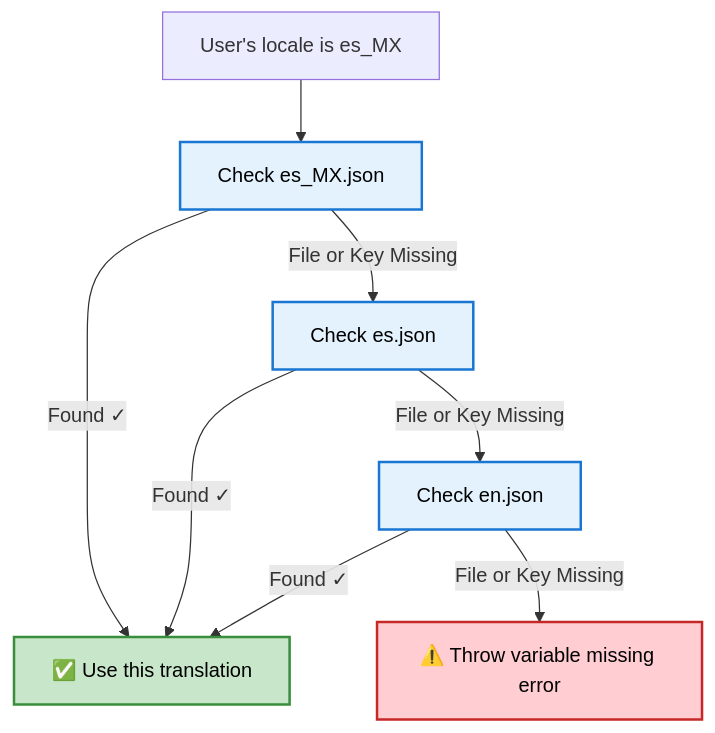
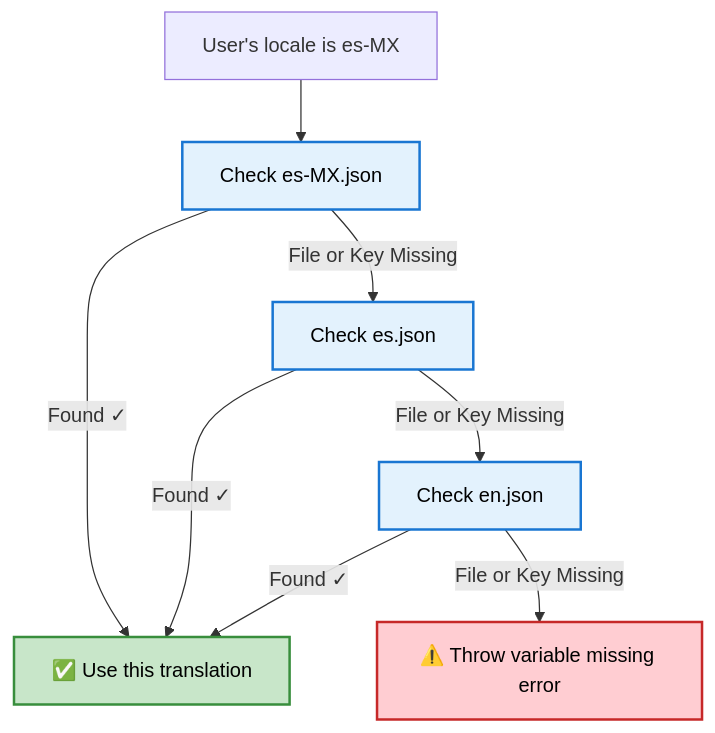
Before and after one commit to ingdas/suprsend-documentation: the diagram in docs/translations.mdx, drawn with Mermaid. The commit also changed other lines of this file, not shown here.

Commit message:
underscore replaced with - in locale names

````diff
--- a/docs/translations.mdx
+++ b/docs/translations.mdx
@@ -38,16 +36,16 @@
 ```mermaid
 flowchart TD
-Start["User's locale is es_MX"] --> Step1["Check es_MX.json"]
+Start["User's locale is es-MX"] --> Step1["Check es-MX.json"]
 Step1 -->|"Found ✓"| Success["✅ Use this translation"]
 Step1 -->|"File or Key Missing"| Step2["Check es.json"]
 Step2 -->|"Found ✓"| Success
 Step2 -->|"File or Key Missing"| Step3["Check en.json"]
 Step3 -->|"Found ✓"| Success
 Step3 -->|"File or Key Missing"| Fallback["⚠️ Throw variable missing error"]
 
 style Step1 fill:#e3f2fd,stroke:#1976d2,stroke-width:2px,color:#000
 style Step2 fill:#e3f2fd,stroke:#1976d2,stroke-width:2px,color:#000
 style Step3 fill:#e3f2fd,stroke:#1976d2,stroke-width:2px,color:#000
 style Success fill:#c8e6c9,stroke:#388e3c,stroke-width:2px,color:#000
 style Fallback fill:#ffcdd2,stroke:#c62828,stroke-width:2px,color:#000
 ```
````
